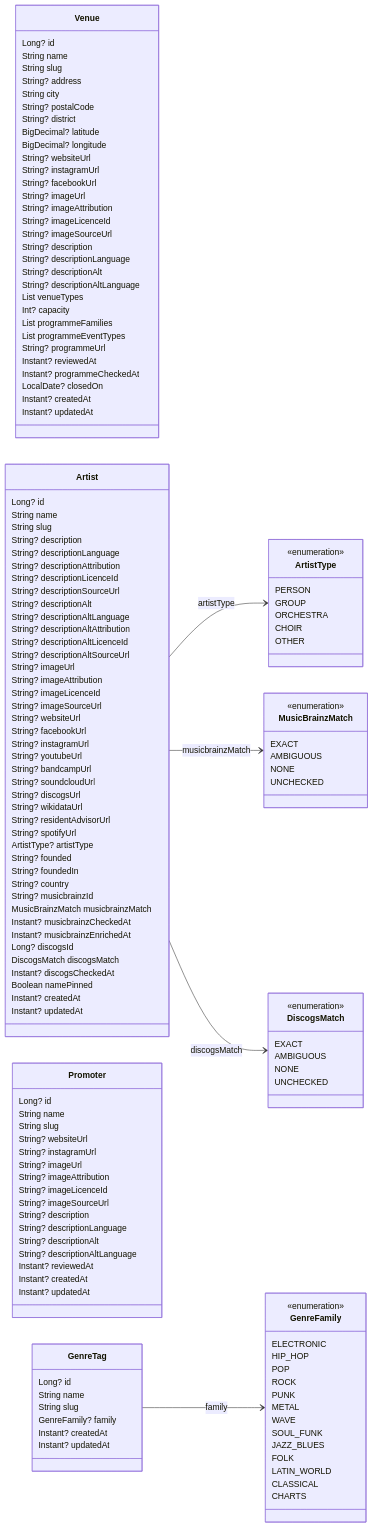
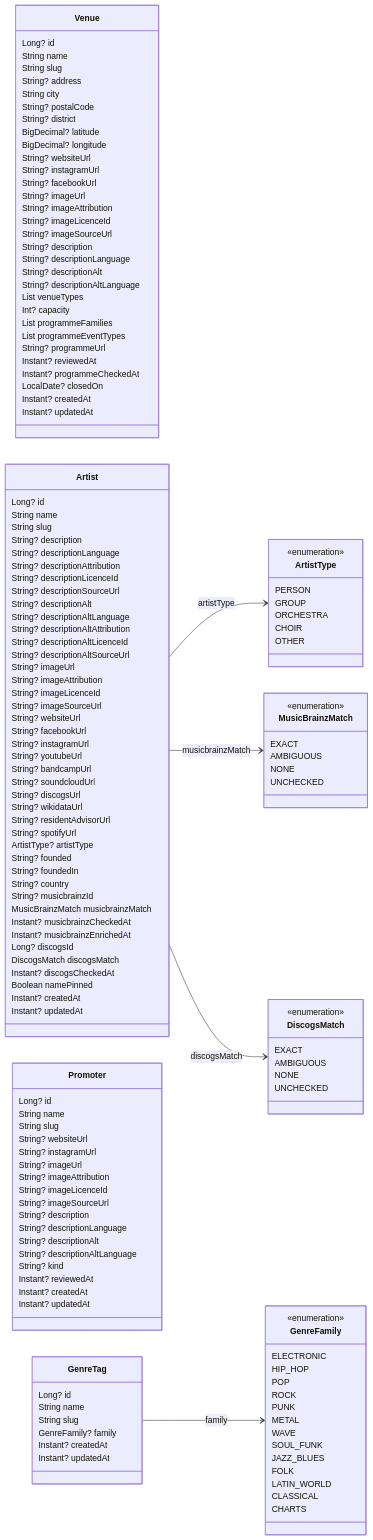
The diagram in docs/DATA_MODEL.md (enorm-labs/event-junkie), drawn with Mermaid before and after one commit. The commit also changed other lines of this file and 21 other files, not shown here.

```diff
--- a/docs/DATA_MODEL.md
+++ b/docs/DATA_MODEL.md
@@ -117,6 +117,7 @@
         String? descriptionLanguage
         String? descriptionAlt
         String? descriptionAltLanguage
+        String? kind
         Instant? reviewedAt
         Instant? createdAt
         Instant? updatedAt
```
